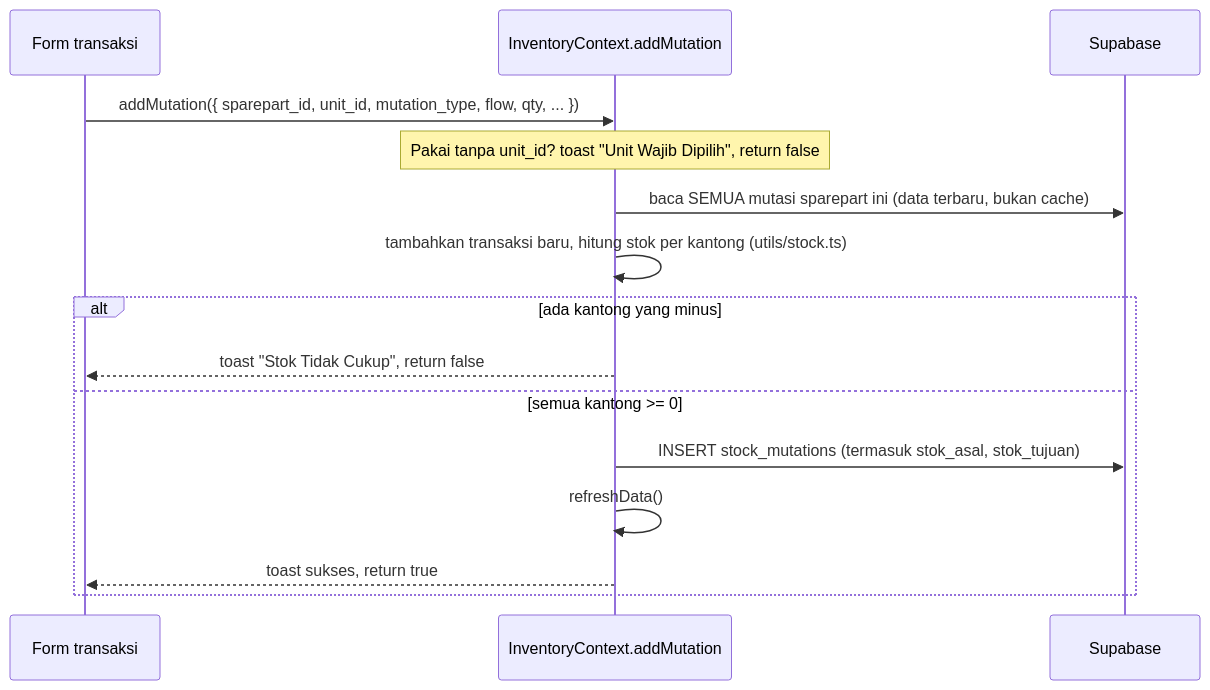
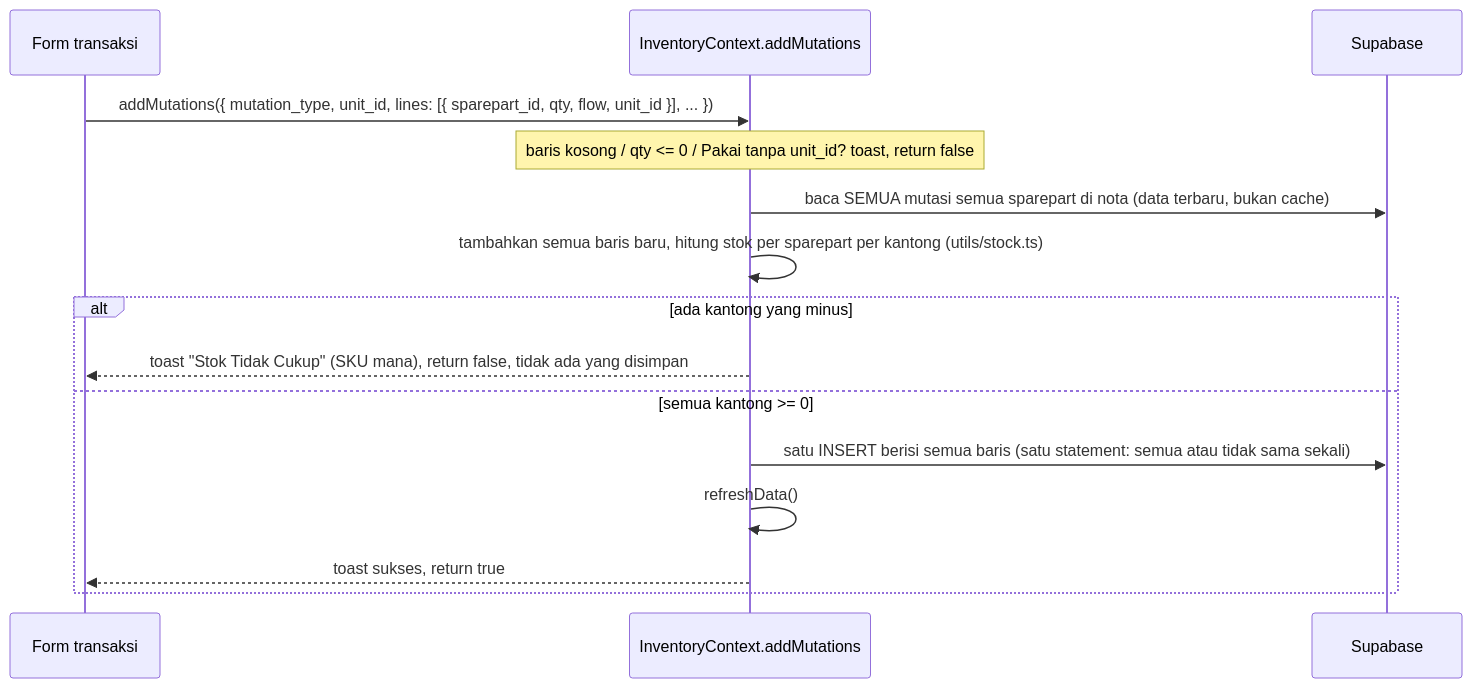
One commit to seevent/masih-berapa changed the third of 3 diagrams in docs/ARCHITECTURE.md. Above: the diagram before and after it, drawn with Mermaid. The commit also changed other lines of this file and 42 other files, not shown here.

````diff
--- a/docs/ARCHITECTURE.md
+++ b/docs/ARCHITECTURE.md
@@ -135,17 +136,17 @@
 ```mermaid
 sequenceDiagram
     participant Form as Form transaksi
-    participant Ctx as InventoryContext.addMutation
+    participant Ctx as InventoryContext.addMutations
     participant SB as Supabase
-    Form->>Ctx: addMutation({ sparepart_id, unit_id, mutation_type, flow, qty, ... })
-    Note over Ctx: Pakai tanpa unit_id? toast "Unit Wajib Dipilih", return false
-    Ctx->>SB: baca SEMUA mutasi sparepart ini (data terbaru, bukan cache)
-    Ctx->>Ctx: tambahkan transaksi baru, hitung stok per kantong (utils/stock.ts)
+    Form->>Ctx: addMutations({ mutation_type, unit_id, lines: [{ sparepart_id, qty, flow, unit_id }], ... })
+    Note over Ctx: baris kosong / qty <= 0 / Pakai tanpa unit_id? toast, return false
+    Ctx->>SB: baca SEMUA mutasi semua sparepart di nota (data terbaru, bukan cache)
+    Ctx->>Ctx: tambahkan semua baris baru, hitung stok per sparepart per kantong (utils/stock.ts)
     alt ada kantong yang minus
-        Ctx-->>Form: toast "Stok Tidak Cukup", return false
+        Ctx-->>Form: toast "Stok Tidak Cukup" (SKU mana), return false, tidak ada yang disimpan
     else semua kantong >= 0
-        Ctx->>SB: INSERT stock_mutations (termasuk stok_asal, stok_tujuan)
+        Ctx->>SB: satu INSERT berisi semua baris (satu statement: semua atau tidak sama sekali)
         Ctx->>Ctx: refreshData()
         Ctx-->>Form: toast sukses, return true
     end
 ```
````
